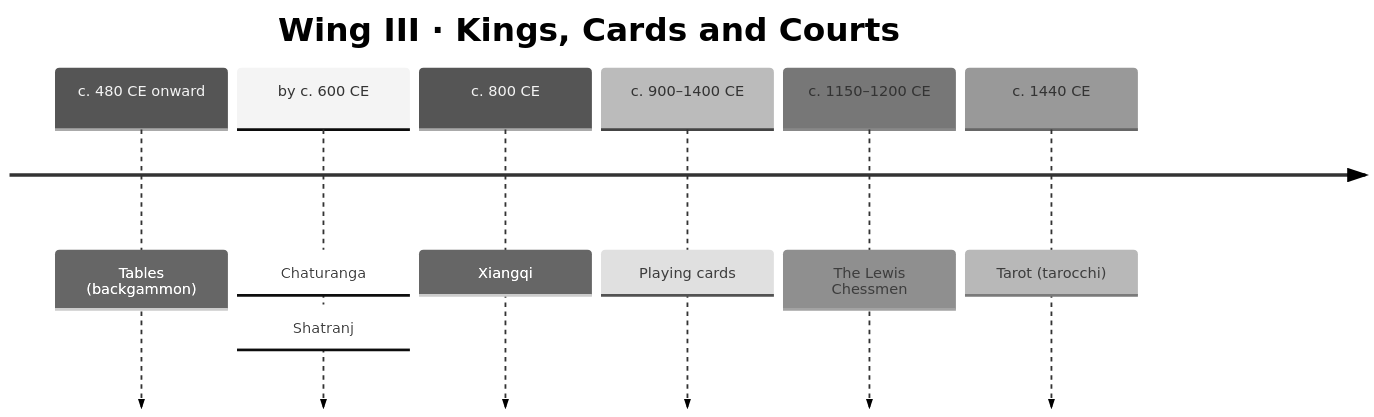
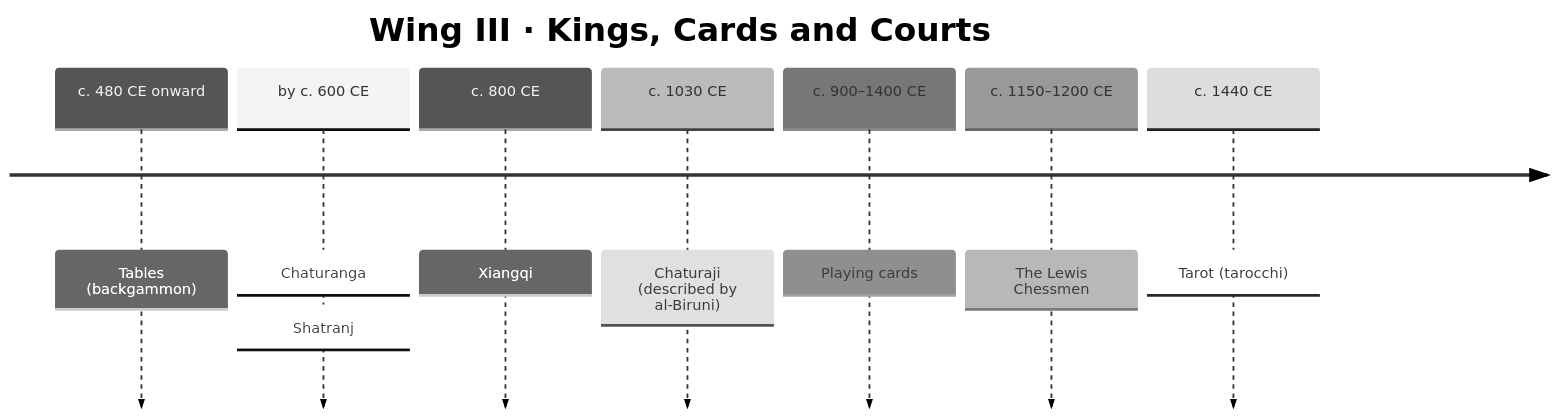
Before and after one commit to CptNope/Librarium-Archives: the fifth of 8 diagrams in docs/exhibits.md, drawn with Mermaid (neutral theme). The commit also changed other lines of this file and 15 other files, not shown here.

````diff
--- a/docs/exhibits.md
+++ b/docs/exhibits.md
@@ -92,10 +92,11 @@
 ```mermaid
 timeline
     title Wing III · Kings, Cards and Courts
     c. 480 CE onward : Tables (backgammon)
     by c. 600 CE : Chaturanga : Shatranj
     c. 800 CE : Xiangqi
+    c. 1030 CE : Chaturaji (described by al-Biruni)
     c. 900–1400 CE : Playing cards
     c. 1150–1200 CE : The Lewis Chessmen
     c. 1440 CE : Tarot (tarocchi)
 ```
````
